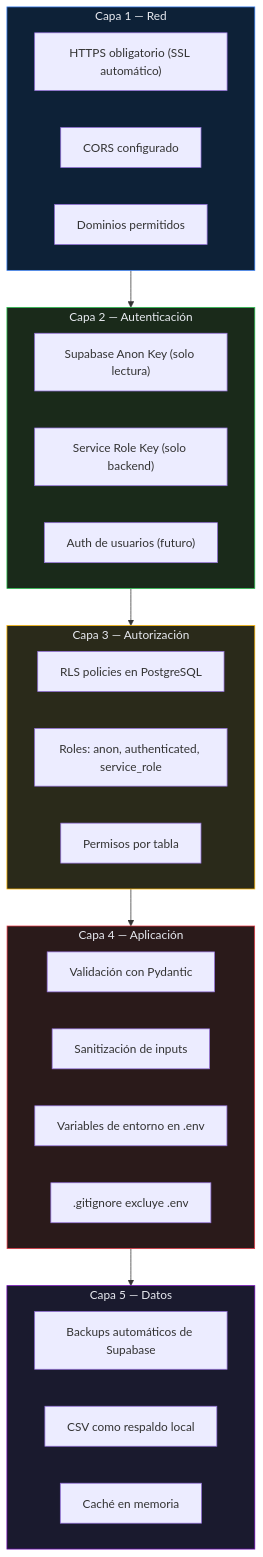
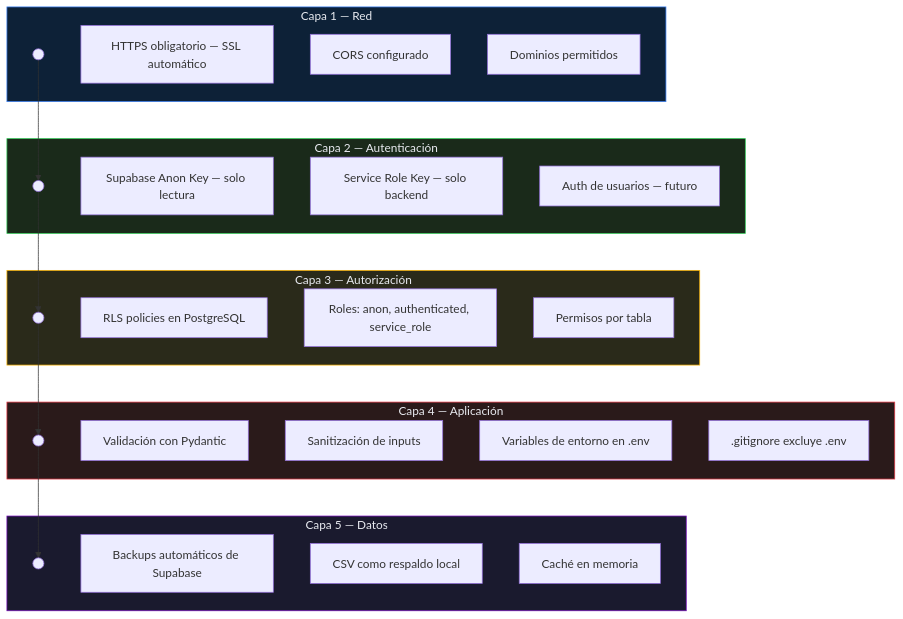
Diagram 49 of 59 in informe_proyecto.md (Alex-David-Tola-Julian/teleferico-lapaz-cloud), drawn with Mermaid before and after one commit.

Commit message:
FINAL con informe FINALLLLLLLLLL

````diff
--- a/informe_proyecto.md
+++ b/informe_proyecto.md
@@ -2157,41 +2157,49 @@
 ```mermaid
 graph TB
     subgraph CAPA1["Capa 1 — Red"]
-        C1A["HTTPS obligatorio (SSL automático)"]
+        C1X(( ))
+        C1A["HTTPS obligatorio — SSL automático"]
         C1B["CORS configurado"]
         C1C["Dominios permitidos"]
     end
 
     subgraph CAPA2["Capa 2 — Autenticación"]
-        C2A["Supabase Anon Key (solo lectura)"]
-        C2B["Service Role Key (solo backend)"]
-        C2C["Auth de usuarios (futuro)"]
+        C2X(( ))
+        C2A["Supabase Anon Key — solo lectura"]
+        C2B["Service Role Key — solo backend"]
+        C2C["Auth de usuarios — futuro"]
     end
 
     subgraph CAPA3["Capa 3 — Autorización"]
+        C3X(( ))
         C3A["RLS policies en PostgreSQL"]
         C3B["Roles: anon, authenticated, service_role"]
         C3C["Permisos por tabla"]
     end
 
     subgraph CAPA4["Capa 4 — Aplicación"]
+        C4X(( ))
         C4A["Validación con Pydantic"]
         C4B["Sanitización de inputs"]
         C4C["Variables de entorno en .env"]
         C4D[".gitignore excluye .env"]
     end
 
     subgraph CAPA5["Capa 5 — Datos"]
+        C5X(( ))
         C5A["Backups automáticos de Supabase"]
         C5B["CSV como respaldo local"]
         C5C["Caché en memoria"]
     end
 
-    CAPA1 --> CAPA2 --> CAPA3 --> CAPA4 --> CAPA5
+    C1X --> C2X
+    C2X --> C3X
+    C3X --> C4X
+    C4X --> C5X
 
     style CAPA1 fill:#0d2137,stroke:#3B82F6,color:#E8EAF0
     style CAPA2 fill:#1a2a1a,stroke:#2DC653,color:#E8EAF0
     style CAPA3 fill:#2a2a1a,stroke:#FFB703,color:#E8EAF0
     style CAPA4 fill:#2a1a1a,stroke:#E63946,color:#E8EAF0
     style CAPA5 fill:#1a1a2e,stroke:#7209B7,color:#E8EAF0
 ```
````
